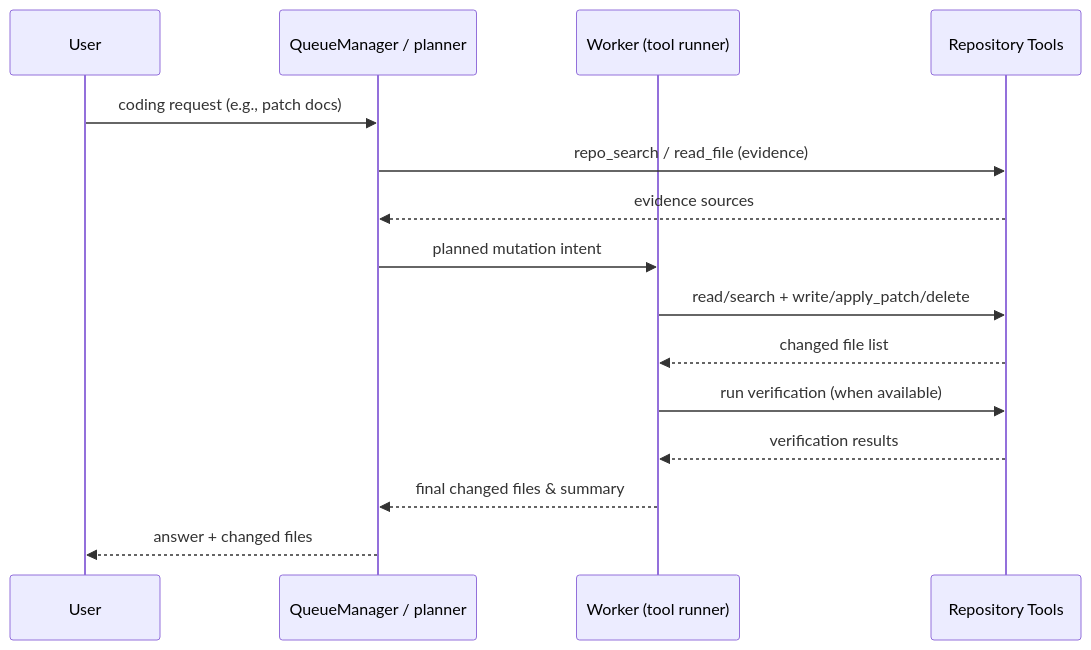
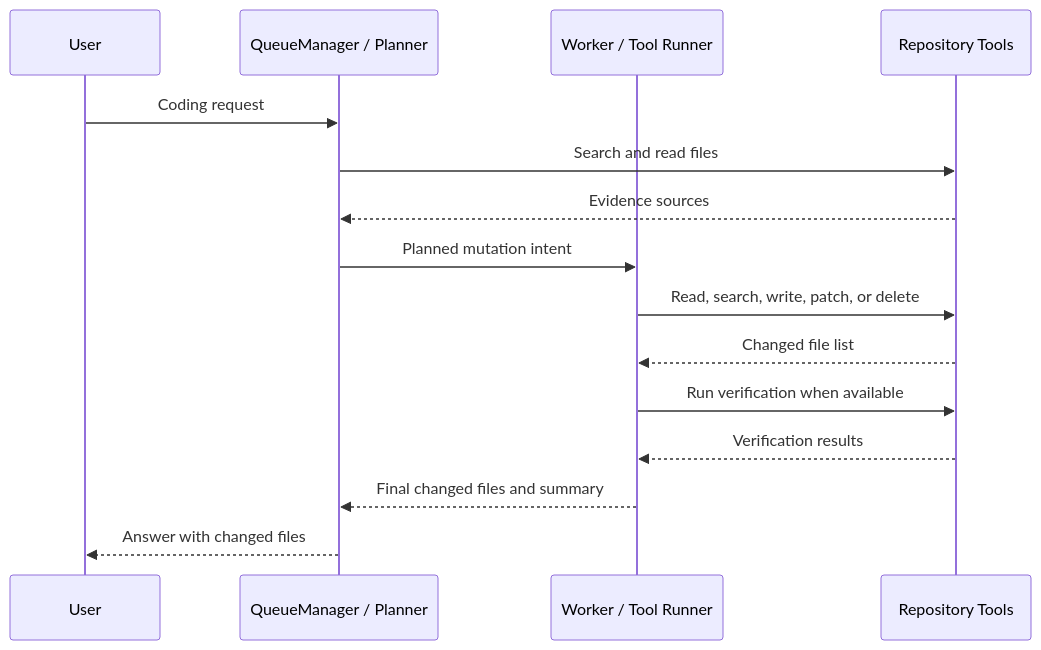
One commit to manadevelopment23/mana-agent changed the third of 3 diagrams in docs/07-diagram.md. Above: the diagram before and after it, drawn with Mermaid. The commit also changed other lines of this file, not shown here.

````diff
--- a/docs/07-diagram.md
+++ b/docs/07-diagram.md
@@ -41,17 +42,21 @@
 ```mermaid
 sequenceDiagram
     participant U as User
-    participant R as QueueManager / planner
-    participant W as Worker (tool runner)
+    participant R as QueueManager / Planner
+    participant W as Worker / Tool Runner
     participant T as Repository Tools
-    U->>R: coding request (e.g., patch docs)
-    R->>T: repo_search / read_file (evidence)
-    T-->>R: evidence sources
-    R->>W: planned mutation intent
-    W->>T: read/search + write/apply_patch/delete
-    T-->>W: changed file list
-    W->>T: run verification (when available)
-    T-->>W: verification results
-    W-->>R: final changed files & summary
-    R-->>U: answer + changed files
+
+    U->>R: Coding request
+    R->>T: Search and read files
+    T-->>R: Evidence sources
+
+    R->>W: Planned mutation intent
+    W->>T: Read, search, write, patch, or delete
+    T-->>W: Changed file list
+
+    W->>T: Run verification when available
+    T-->>W: Verification results
+
+    W-->>R: Final changed files and summary
+    R-->>U: Answer with changed files
 ```
````
